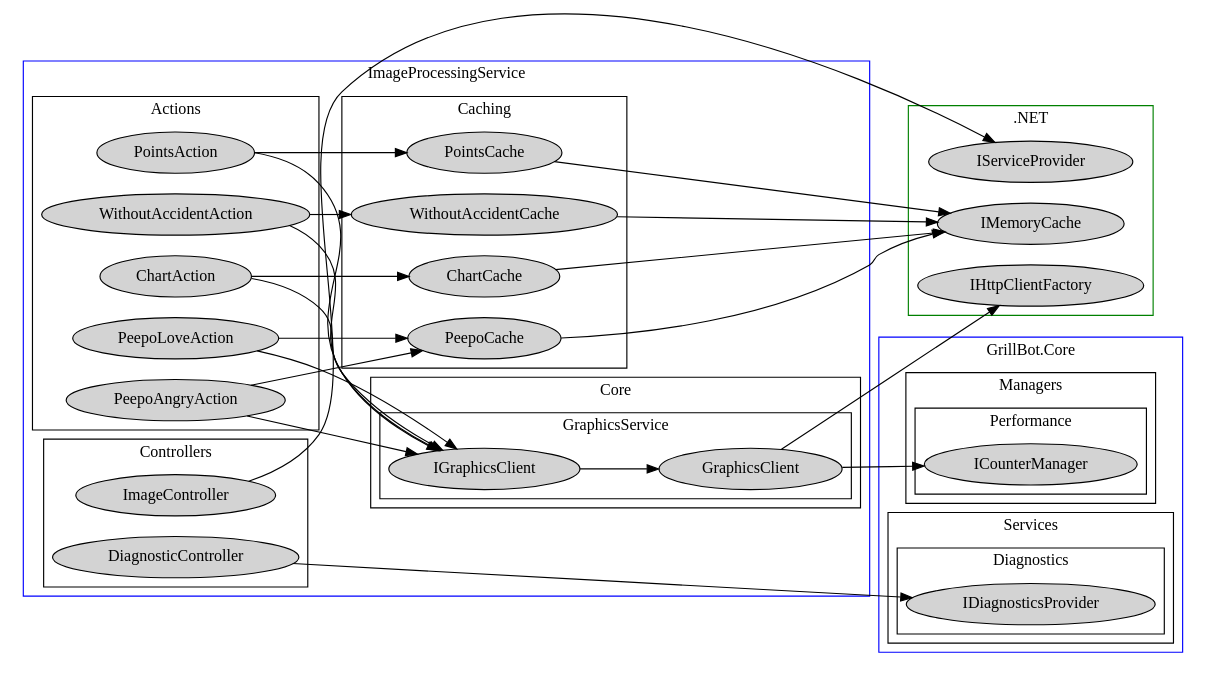
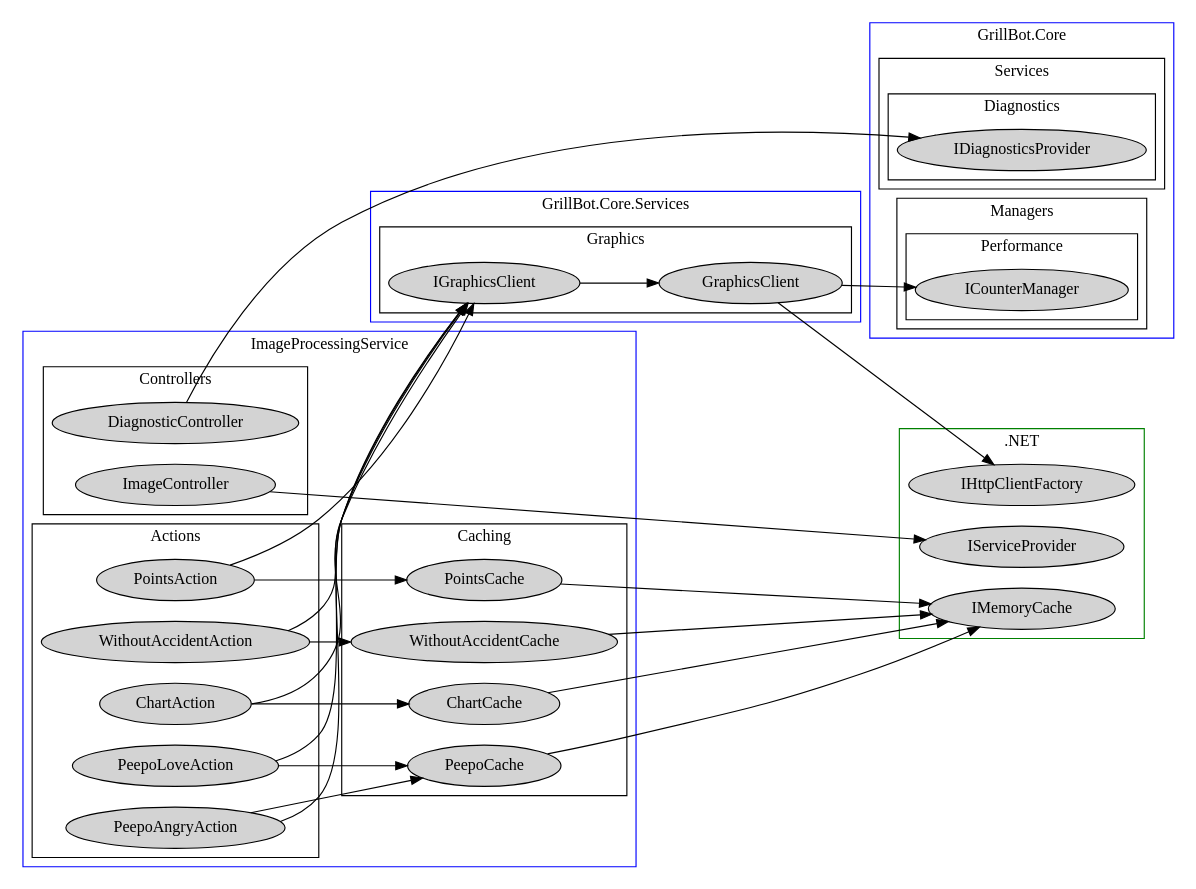
One commit to GrillBot/grillbot-docs changed the diagram in data/di-graph-image-processing.dot. Above: the diagram before and after it, drawn with Graphviz. The commit also changed 1 other file, not shown here.

Commit message:
Updated DI charts

```diff
--- a/data/di-graph-image-processing.dot
+++ b/data/di-graph-image-processing.dot
@@ -1,109 +1,109 @@
 digraph ImageProcessingService {
     rankdir=LR
 	
 	subgraph cluster_0 {
 		node [style=filled];
 		label = "ImageProcessingService";
 		color=blue
 		
         subgraph cluster_3_1 {
             node [style=filled];
             label="Actions";
             color=black;
             
             ChartAction
             PeepoAngryAction
             PeepoLoveAction
             PointsAction
             WithoutAccidentAction
         }
         
         subgraph cluster_3_2 {
             node [style=filled];
             label="Caching";
             color=black;
             
             ChartCache
             PeepoCache
             PointsCache
             WithoutAccidentCache
         }
         
         subgraph cluster_3_3 {
             node [style=filled];
             label="Controllers";
             color=black;
             
             DiagnosticController
             ImageController
         }
-        
-        subgraph cluster_3_4 {
-            node [style=filled];
-            label="Core";
-            color=black;
-            
-            subgraph cluster_3_4_1 {
-                node [style=filled];
-                label="GraphicsService"
-                color=black;
-                
-                IGraphicsClient -> GraphicsClient
-            }
-        }
 	}
 	
 	subgraph cluster_4 {
 	    node [style=filled];
 	    label = "GrillBot.Core";
 	    color=blue
 	    
 	    subgraph cluster_4_1 {
 	        node [style=filled];
             label="Managers";
             color=black;
             
             subgraph cluster_4_1_2 {
 	            node [style=filled];
                 label="Performance";
                 color=black;
                 
                 ICounterManager
 	        }
 	    }
 	    
 	    subgraph cluster_4_2 {
 	        node [style=filled];
             label="Services";
             color=black;
 	        
 	        subgraph cluster_4_3 {
 	            node [style=filled];
                 label="Diagnostics";
                 color=black;
 	            
 	            IDiagnosticsProvider
 	        }
 	    }
 	}
 	
+	subgraph cluster_5 {
+	    node [style=filled];
+	    label = "GrillBot.Core.Services";
+	    color=blue;
+	    
+	    subgraph cluster_5_1 {
+	        node [style=filled];
+            label="Graphics";
+            color=black;
+            
+            IGraphicsClient -> GraphicsClient
+	    }
+	}
+	
 	subgraph cluster_100 {
 	    node[style=filled];
 	    label = ".NET"
 	    color=green
 	    
 	    IMemoryCache
 	    IServiceProvider
 	    IHttpClientFactory
 	}
 	
 	ChartAction -> { IGraphicsClient ChartCache }
 	PeepoAngryAction -> { PeepoCache IGraphicsClient }
 	PeepoLoveAction -> { PeepoCache IGraphicsClient }
 	PointsAction -> { PointsCache IGraphicsClient }
 	WithoutAccidentAction -> { WithoutAccidentCache IGraphicsClient }
 	{ ChartCache PeepoCache PointsCache WithoutAccidentCache } -> { IMemoryCache }
 	ImageController -> { IServiceProvider }
-	GraphicsClient -> { ICounterManager IHttpClientFactory }
+	GraphicsClient -> { IHttpClientFactory ICounterManager }
 	DiagnosticController -> { IDiagnosticsProvider }
 }
```
